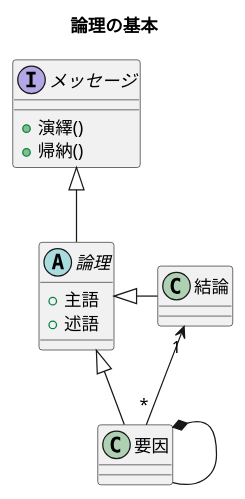
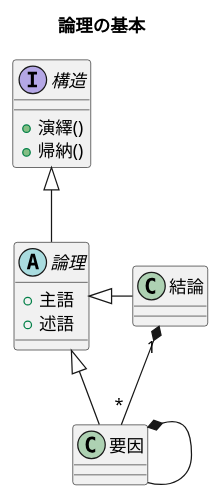
Before and after one commit to k2works/pragmatic-presentation-exercise-2024: the fifth of 30 diagrams in docs/slides/WIP.md, drawn with PlantUML. The commit also changed other lines of this file and 1 other file, not shown here.

````diff
--- a/docs/slides/WIP.md
+++ b/docs/slides/WIP.md
@@ -204,29 +216,29 @@
 ```plantuml
 @startuml
 
 title 論理の基本
 
 abstract "論理" as A {
   + 主語
   + 述語
 }
 
-interface "メッセージ" as B {
+interface "構造" as B {
   + 演繹()
   + 帰納()
 }
 
 class "結論" as C {
 }
 
 class "要因" as D {
 }
 
 B <|-- A
 A <|- C
 A <|- D
-C "1" <-- "*" D
+C "1" *-- "*" D
 D *- D
 
 @enduml
 ```
````
